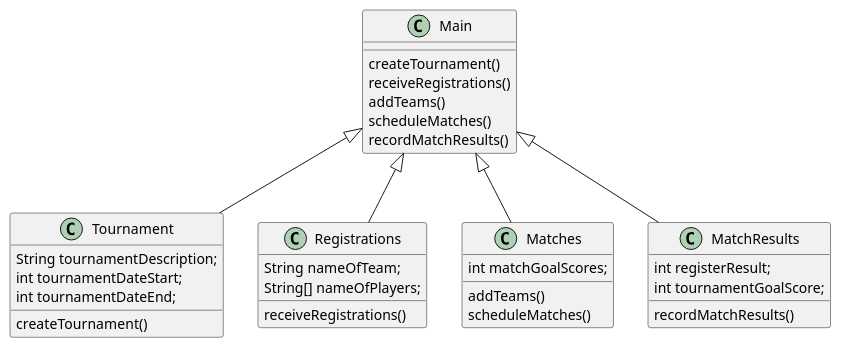
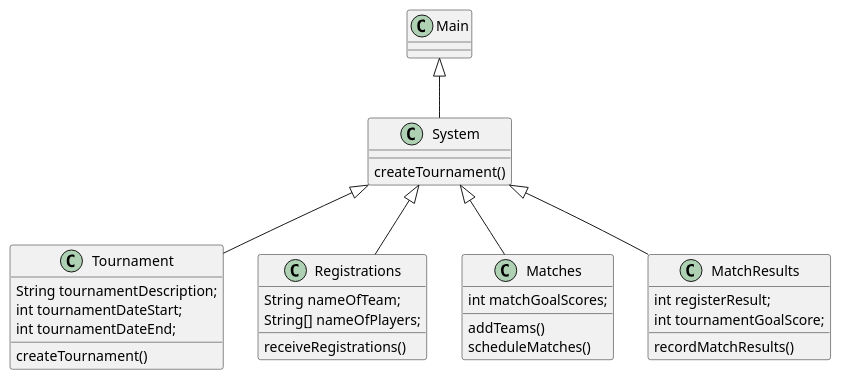
One commit to NikolajKaspersen/Tournament changed the diagram in Documentation/KlasseDiagram.puml. Above: the diagram before and after it, drawn with PlantUML.

Commit message:
KlasseDiagram

```diff
--- a/Documentation/KlasseDiagram.puml
+++ b/Documentation/KlasseDiagram.puml
@@ -1,47 +1,47 @@
 @startuml
-class Main
+class System
 {
     createTournament()
-    receiveRegistrations()
-    addTeams()
-    scheduleMatches()
-    recordMatchResults()
 }
+
 class Tournament
 {
     String tournamentDescription;
     int tournamentDateStart;
     int tournamentDateEnd;
 
     createTournament()
 }
+
 class Registrations
 {
     String nameOfTeam;
     String[] nameOfPlayers;
 
     receiveRegistrations()
 }
 
 class Matches
 {
     int matchGoalScores;
 
     addTeams()
     scheduleMatches()
 }
 
 class MatchResults
 {
     int registerResult;
     int tournamentGoalScore;
 
     recordMatchResults()
 }
 
-Main <|-- Tournament
-Main <|-- Registrations
-Main <|-- Matches
-Main <|-- MatchResults
+System <|-- Tournament
+System <|-- Registrations
+System <|-- Matches
+System <|-- MatchResults
+
+Main <|-- System
 
 @enduml
```
